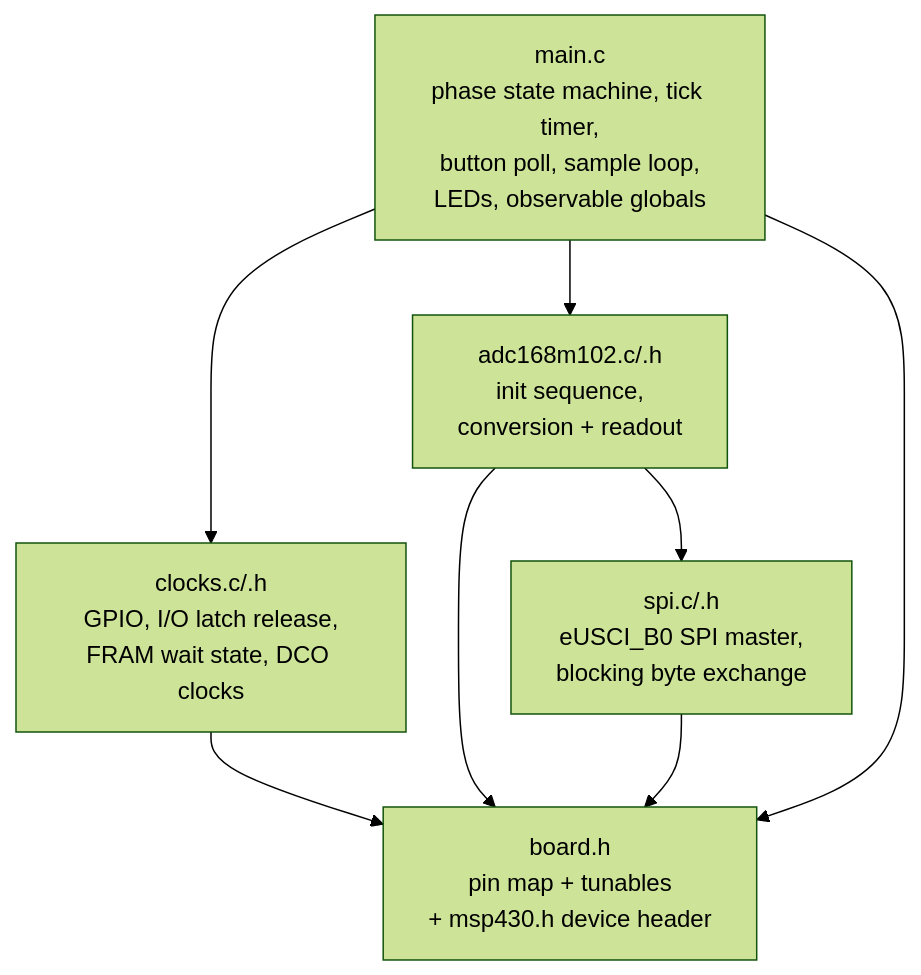
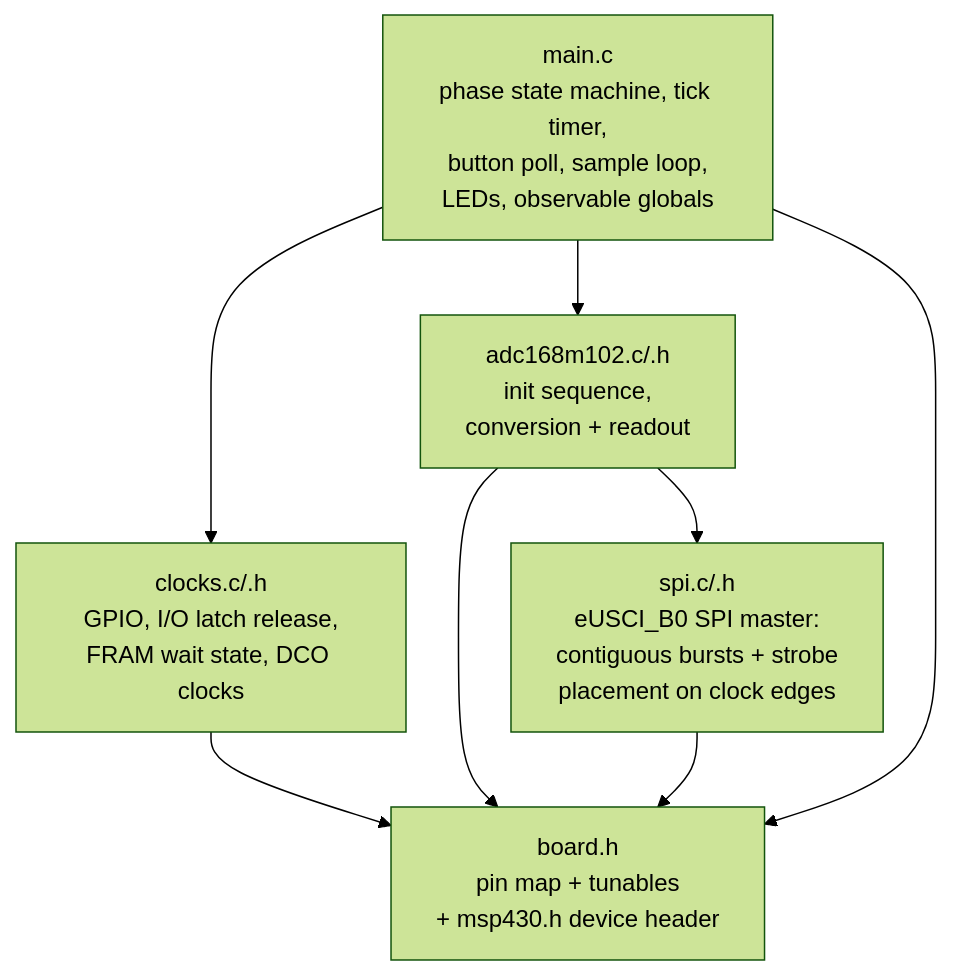
The second of 13 diagrams in docs/DESIGN.md (S-OConnor/MSP430_TestRepo), drawn with Mermaid (forest theme) before and after one commit. The commit also changed other lines of this file and 2 other files, not shown here.

````diff
--- a/docs/DESIGN.md
+++ b/docs/DESIGN.md
@@ -174,16 +181,16 @@
 ```mermaid
 flowchart TD
     main["main.c<br/>phase state machine, tick timer,<br/>button poll, sample loop,<br/>LEDs, observable globals"]
     clocks["clocks.c/.h<br/>GPIO, I/O latch release,<br/>FRAM wait state, DCO clocks"]
     adc["adc168m102.c/.h<br/>init sequence,<br/>conversion + readout"]
-    spi["spi.c/.h<br/>eUSCI_B0 SPI master,<br/>blocking byte exchange"]
+    spi["spi.c/.h<br/>eUSCI_B0 SPI master:<br/>contiguous bursts + strobe<br/>placement on clock edges"]
     board["board.h<br/>pin map + tunables<br/>+ msp430.h device header"]
 
     main --> clocks
     main --> adc
     adc --> spi
     clocks --> board
     adc --> board
     spi --> board
     main --> board
 ```
````
